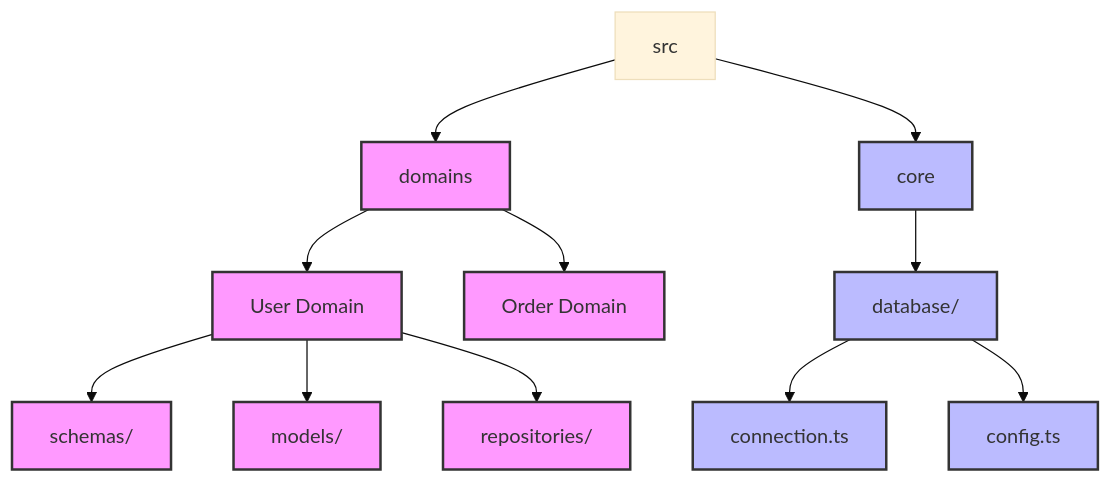
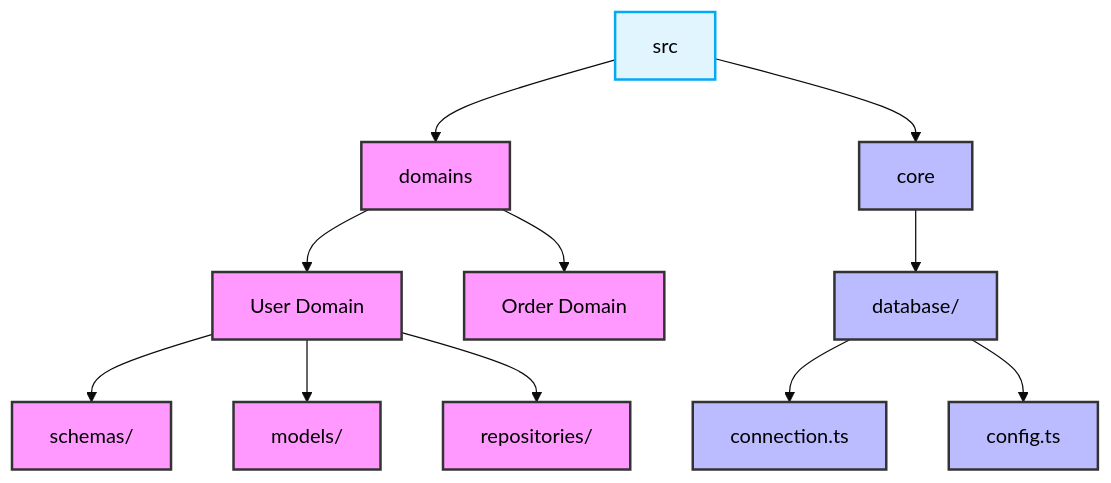
One commit to beginwebdev2002/best-practise changed the first of 4 diagrams in backend/mongodb/architecture.md. Above: the diagram before and after it, drawn with Mermaid (base theme). The commit also changed other lines of this file and 27 other files, not shown here.

Commit message:
docs(backend): autonomous architectural standardization for all backend tech

````diff
--- a/backend/mongodb/architecture.md
+++ b/backend/mongodb/architecture.md
@@ -16,22 +18,25 @@
 ```mermaid
 graph TD
   classDef domain fill:#f9f,stroke:#333,stroke-width:2px;
   classDef core fill:#bbf,stroke:#333,stroke-width:2px;
 
   src[src] --> domains[domains]
   src --> core[core]
 
   domains --> user[User Domain]
   domains --> order[Order Domain]
 
   user --> schemas[schemas/]
   user --> models[models/]
   user --> repositories[repositories/]
 
   core --> database[database/]
   database --> connection[connection.ts]
   database --> config[config.ts]
 
   class domains,user,order,schemas,models,repositories domain;
   class core,database,connection,config core;
+
+    classDef default fill:#e1f5fe,stroke:#03a9f4,stroke-width:2px,color:#000;
+    classDef component fill:#e8f5e9,stroke:#4caf50,stroke-width:2px,color:#000;
 ```
````
